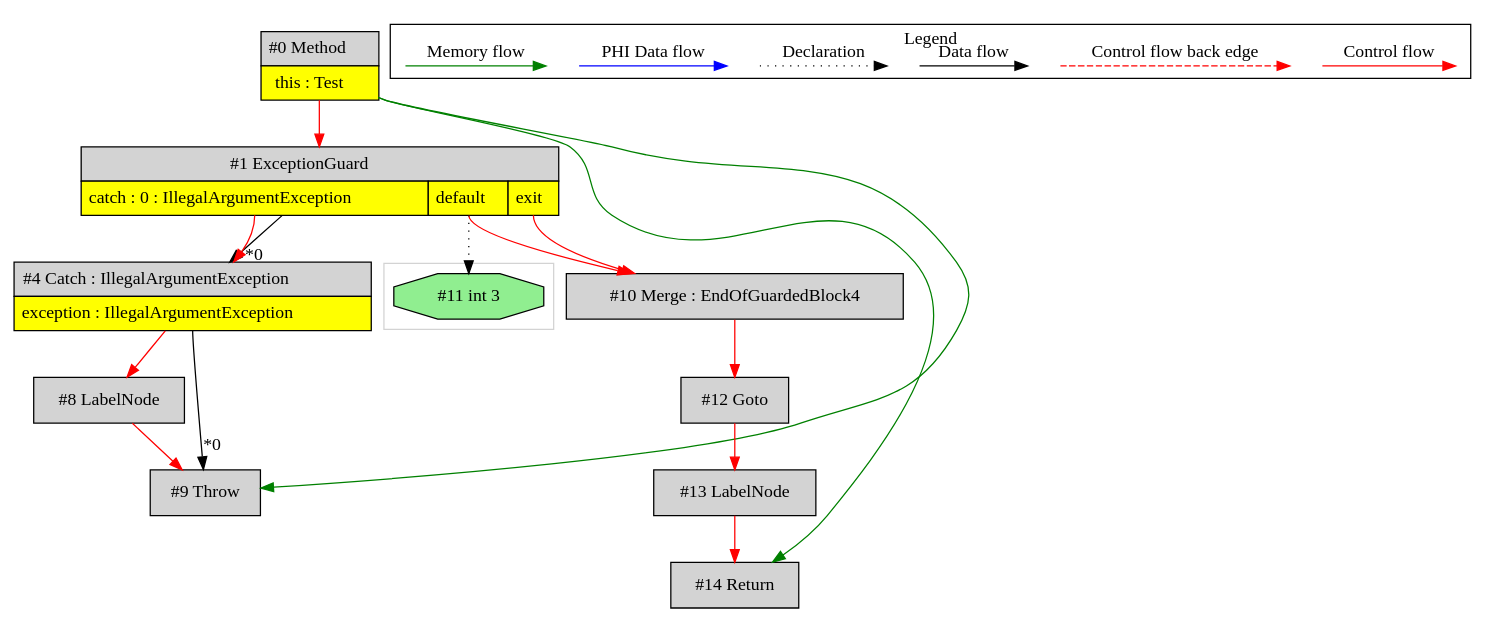
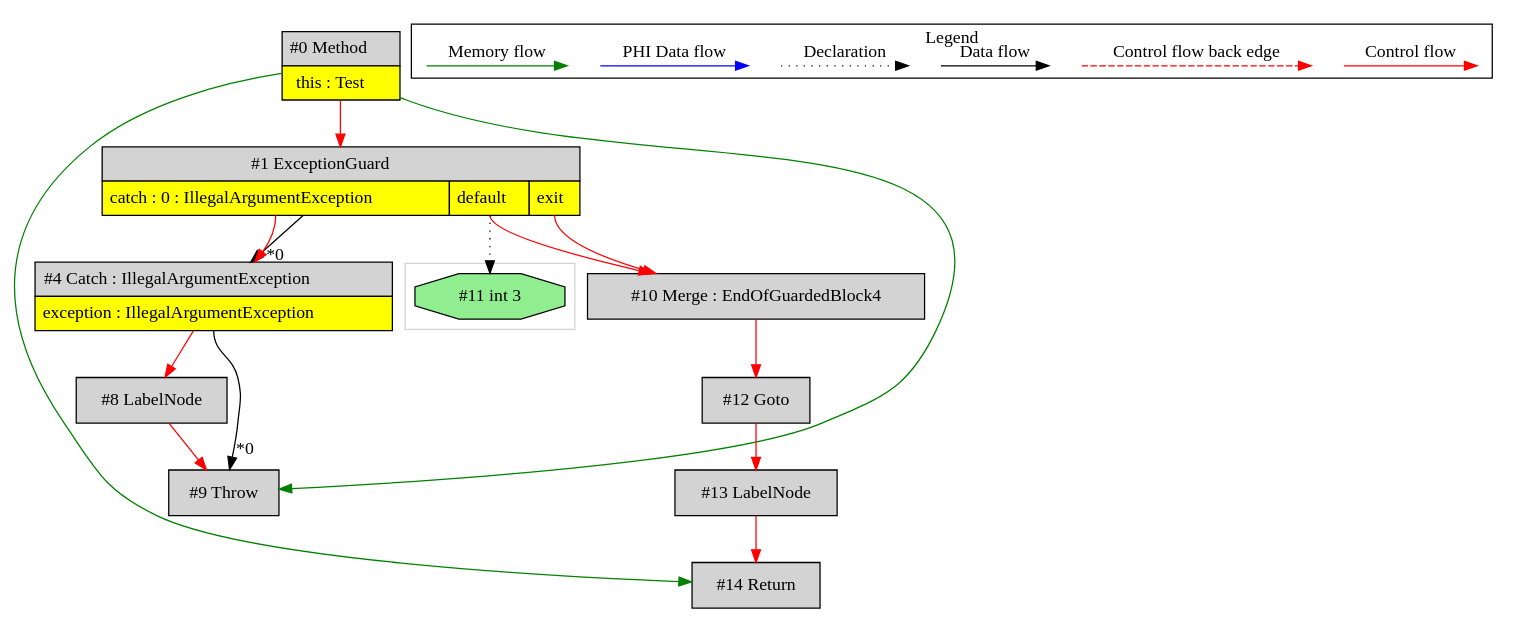
Before and after one commit to mirkosertic/MetaIR: the diagram in de.mirkosertic.metair.ir.OpcodeTryCatchTest/test_SimpleCatch/ir.dot, drawn with Graphviz. The commit also changed 636 other files, not shown here.

```diff
--- a/de.mirkosertic.metair.ir.OpcodeTryCatchTest/test_SimpleCatch/ir.dot
+++ b/de.mirkosertic.metair.ir.OpcodeTryCatchTest/test_SimpleCatch/ir.dot
@@ -1,57 +1,57 @@
 digraph {
  ordering="in";
  node0[margin="0", label=<<table border="0" cellborder="1" cellspacing="0" cellpadding="5"><tr><td colspan="1">#0 Method</td></tr><tr><td port="prj2" bgcolor="yellow">this : Test</td></tr></table>>,shape=none, fillcolor=lightgrey, style=filled];
- node1[margin="0", label=<<table border="0" cellborder="1" cellspacing="0" cellpadding="5"><tr><td colspan="3">#1 ExceptionGuard</td></tr><tr><td port="prj3" bgcolor="yellow">catch : 0 : IllegalArgumentException</td><td port="prj5" bgcolor="yellow">default</td><td port="prj6" bgcolor="yellow">exit</td></tr></table>>,shape=none, fillcolor=lightgrey, style=filled];
- node0 -> node1[labeldistance=2, color=red, fontcolor=red];
- node10[label="#10 Merge : EndOfGuardedBlock4",shape=box, fillcolor=lightgrey, style=filled];
- node1:prj5 -> node10[labeldistance=2, color=red, fontcolor=red];
- node1:prj6 -> node10[labeldistance=2, color=red, fontcolor=red];
- node11[label="#11 int 3",shape=octagon, fillcolor=lightgreen, style=filled];
- node1:prj5 -> node11[style=dotted];
- node12[label="#12 Goto",shape=box, fillcolor=lightgrey, style=filled];
- node10 -> node12[labeldistance=2, color=red, fontcolor=red];
- node13[label="#13 LabelNode",shape=box, fillcolor=lightgrey, style=filled];
- node12 -> node13[labeldistance=2, color=red, fontcolor=red];
  node14[label="#14 Return",shape=box, fillcolor=lightgrey, style=filled];
  node13 -> node14[labeldistance=2, color=red, fontcolor=red];
  node0 -> node14[labeldistance=2, color=green, constraint=false];
+ node13[label="#13 LabelNode",shape=box, fillcolor=lightgrey, style=filled];
+ node12 -> node13[labeldistance=2, color=red, fontcolor=red];
+ node12[label="#12 Goto",shape=box, fillcolor=lightgrey, style=filled];
+ node10 -> node12[labeldistance=2, color=red, fontcolor=red];
+ node10[label="#10 Merge : EndOfGuardedBlock4",shape=box, fillcolor=lightgrey, style=filled];
+ node1:prj6 -> node10[labeldistance=2, color=red, fontcolor=red];
+ node1:prj5 -> node10[labeldistance=2, color=red, fontcolor=red];
+ node1[margin="0", label=<<table border="0" cellborder="1" cellspacing="0" cellpadding="5"><tr><td colspan="3">#1 ExceptionGuard</td></tr><tr><td port="prj3" bgcolor="yellow">catch : 0 : IllegalArgumentException</td><td port="prj6" bgcolor="yellow">default</td><td port="prj5" bgcolor="yellow">exit</td></tr></table>>,shape=none, fillcolor=lightgrey, style=filled];
+ node0 -> node1[labeldistance=2, color=red, fontcolor=red];
  node4[margin="0", label=<<table border="0" cellborder="1" cellspacing="0" cellpadding="5"><tr><td colspan="1">#4 Catch : IllegalArgumentException</td></tr><tr><td port="prj7" bgcolor="yellow">exception : IllegalArgumentException</td></tr></table>>,shape=none, fillcolor=lightgrey, style=filled];
  node1 -> node4[headlabel="*0", labeldistance=2];
  node1:prj3 -> node4[labeldistance=2, color=red, fontcolor=red];
- node8[label="#8 LabelNode",shape=box, fillcolor=lightgrey, style=filled];
- node4 -> node8[labeldistance=2, color=red, fontcolor=red];
  node9[label="#9 Throw",shape=box, fillcolor=lightgrey, style=filled];
  node4:prj7 -> node9[headlabel="*0", labeldistance=2];
  node8 -> node9[labeldistance=2, color=red, fontcolor=red];
  node0 -> node9[labeldistance=2, color=green, constraint=false];
+ node8[label="#8 LabelNode",shape=box, fillcolor=lightgrey, style=filled];
+ node4 -> node8[labeldistance=2, color=red, fontcolor=red];
+ node11[label="#11 int 3",shape=octagon, fillcolor=lightgreen, style=filled];
+ node1:prj6 -> node11[style=dotted];
  subgraph cluster_0 {
   color=lightgray;
   node11;
  }
  subgraph cluster_000 {
   label = "Legend";
   node [shape=point]
   {
    rank=same;
    c0 [style = invis];
    c1 [style = invis];
    c2 [style = invis];
    c3 [style = invis];
    d0 [style = invis];
    d1 [style = invis];
    d2 [style = invis];
    d3 [style = invis];
    d4 [style = invis];
    d5 [style = invis];
    d6 [style = invis];
    d7 [style = invis];
   }
   c0 -> c1 [label="Control flow", style=solid, color=red]
   c2 -> c3 [label="Control flow back edge", style=dashed, color=red]
   d0 -> d1 [label="Data flow"]
   d2 -> d3 [label="Declaration", style=dotted]
   d4 -> d5 [label="PHI Data flow", color=blue]
   d6 -> d7 [label="Memory flow", color=green]
  }
 
 }
```
